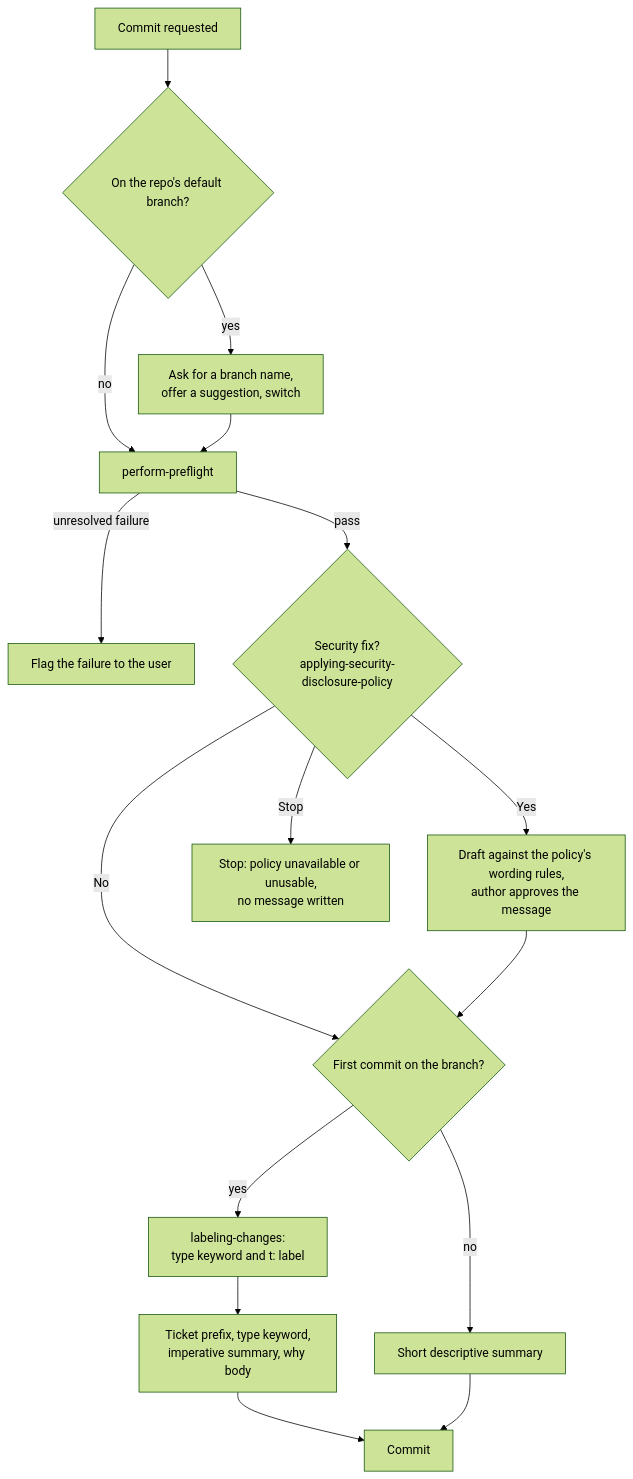
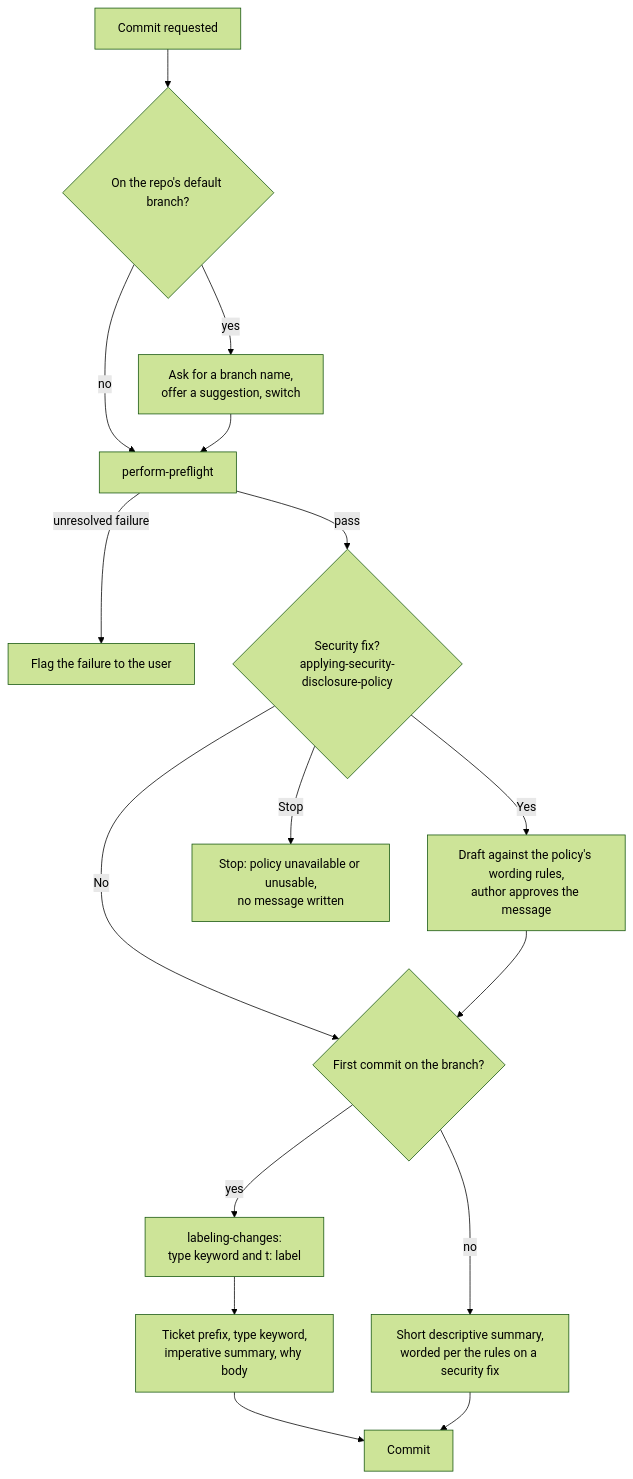
One commit to bitwarden/ai-plugins changed the second of 4 diagrams in plugins/bitwarden-delivery-tools/docs/commit-and-pr-flows.md. Above: the diagram before and after it, drawn with Mermaid (forest theme). The commit also changed other lines of this file and 3 other files, not shown here.

````diff
--- a/plugins/bitwarden-delivery-tools/docs/commit-and-pr-flows.md
+++ b/plugins/bitwarden-delivery-tools/docs/commit-and-pr-flows.md
@@ -57,32 +57,32 @@
 ```mermaid
 graph TD
     start[Commit requested]
     onDefault{On the repo's default branch?}
     newBranch[Ask for a branch name,<br/>offer a suggestion, switch]
     preflight[perform-preflight]
     blocked[Flag the failure to the user]
     disclosure{Security fix?<br/>applying-security-disclosure-policy}
     rules[Draft against the policy's wording rules,<br/>author approves the message]
     policyStop[Stop: policy unavailable or unusable,<br/>no message written]
     first{First commit on the branch?}
     typeKeyword[labeling-changes:<br/>type keyword and t: label]
     full[Ticket prefix, type keyword,<br/>imperative summary, why body]
-    short[Short descriptive summary]
+    short[Short descriptive summary,<br/>worded per the rules on a security fix]
     done[Commit]
 
     start --> onDefault
     onDefault -->|yes| newBranch
     onDefault -->|no| preflight
     newBranch --> preflight
     preflight -->|pass| disclosure
     disclosure -->|No| first
     disclosure -->|Yes| rules
     disclosure -->|Stop| policyStop
     rules --> first
     preflight -->|unresolved failure| blocked
     first -->|yes| typeKeyword
     typeKeyword --> full
     first -->|no| short
     full --> done
     short --> done
 ```
````
